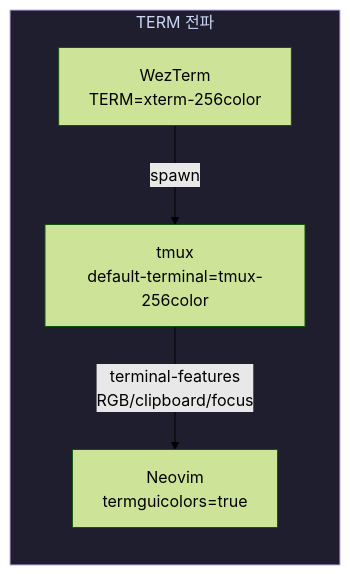
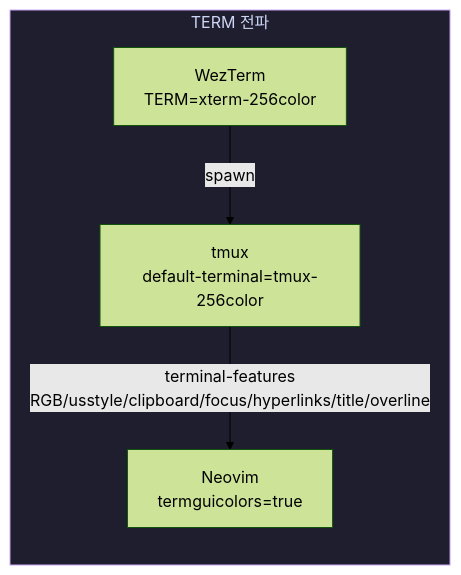
Before and after one commit to deuxksy/dotfiles: the eighth of 8 diagrams in docs/desktop.md, drawn with Mermaid (forest theme). The commit also changed other lines of this file and 4 other files, not shown here.

````diff
--- a/docs/desktop.md
+++ b/docs/desktop.md
@@ -269,13 +269,13 @@
 ```mermaid
 graph LR
     subgraph Chain["TERM 전파"]
         W_TERM["WezTerm<br/>TERM=xterm-256color"]
         T_TERM["tmux<br/>default-terminal=tmux-256color"]
         N_TERM["Neovim<br/>termguicolors=true"]
     end
 
     W_TERM -->|"spawn"| T_TERM
-    T_TERM -->|"terminal-features<br/>RGB/clipboard/focus"| N_TERM
+    T_TERM -->|"terminal-features<br/>RGB/usstyle/clipboard/focus/hyperlinks/title/overline"| N_TERM
 
     style Chain fill:#1e1e2e,stroke:#cba6f7,color:#cdd6f4
 ```
````
